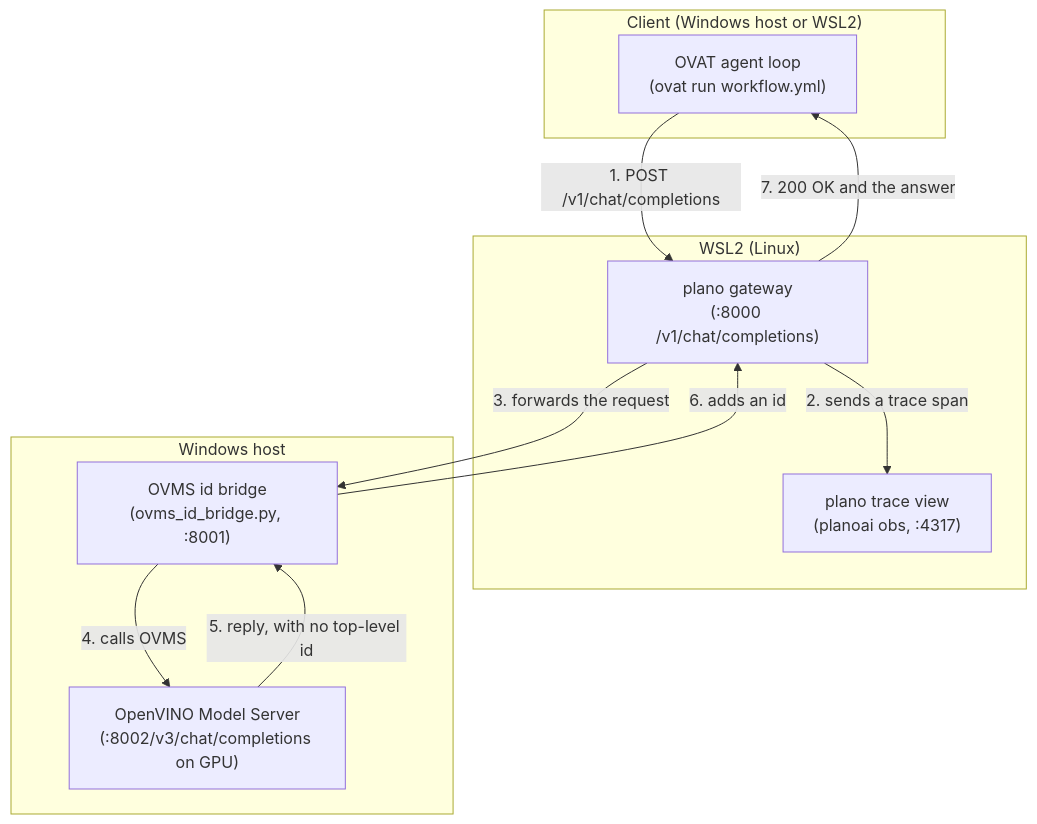
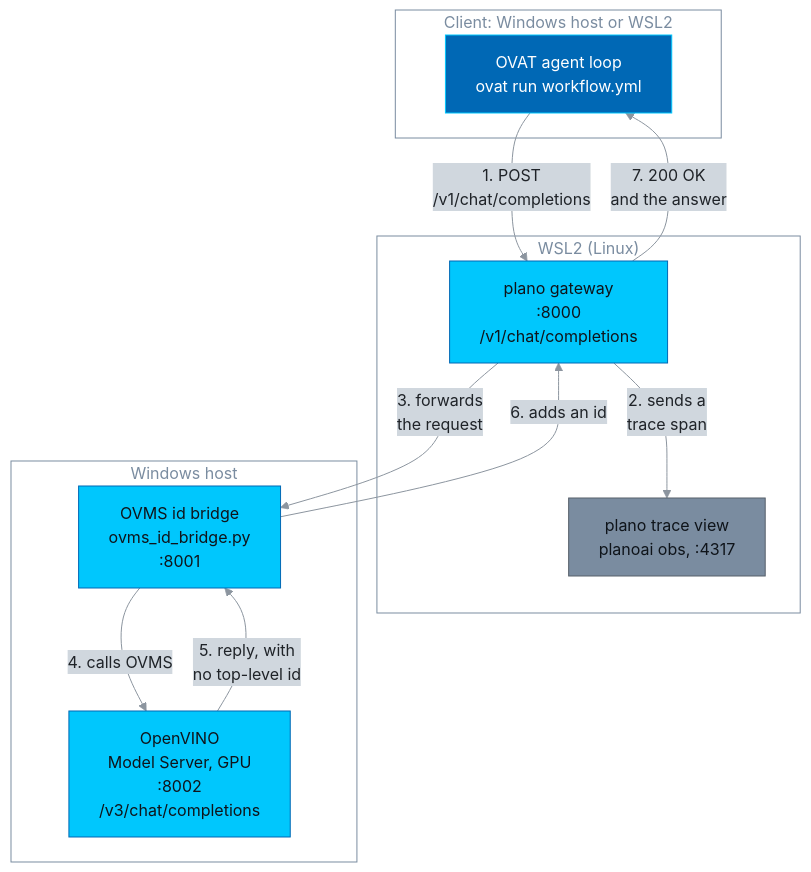
One commit to Lagmator22/ovat changed the diagram in examples/plano/README.md. Above: the diagram before and after it, drawn with Mermaid. The commit also changed 1 other file, not shown here.

First paragraph of the commit message:
docs: colour the Mermaid diagrams and fix labels that were cut off
The owner saw the diagrams render black and white on GitHub, and several
labels cut short ("Native loop (loop", "OpenAI Agents SI"). Long one-line
labels leave no slack when the browser draws the text wider than Mermaid
measured it.

````diff
--- a/examples/plano/README.md
+++ b/examples/plano/README.md
@@ -19,24 +19,32 @@
 ```mermaid
+%%{init: {"theme": "base", "themeVariables": {"primaryColor": "#D0D7DE", "primaryTextColor": "#1F2328", "primaryBorderColor": "#8C959F", "lineColor": "#8C959F", "textColor": "#1F2328", "edgeLabelBackground": "#D0D7DE", "clusterBkg": "transparent", "clusterBorder": "#7A8CA0", "titleColor": "#7A8CA0"}}}%%
 flowchart TD
-    subgraph Client ["Client (Windows host or WSL2)"]
-        OVAT["OVAT agent loop<br/>(ovat run workflow.yml)"]
+    subgraph Client ["Client: Windows host or WSL2"]
+        OVAT["OVAT agent loop<br/>ovat run workflow.yml"]
     end
 
     subgraph WSL2 ["WSL2 (Linux)"]
-        Plano["plano gateway<br/>(:8000 /v1/chat/completions)"]
-        Obs["plano trace view<br/>(planoai obs, :4317)"]
+        Plano["plano gateway<br/>:8000<br/>/v1/chat/completions"]
+        Obs["plano trace view<br/>planoai obs, :4317"]
     end
 
     subgraph WinHost ["Windows host"]
-        Bridge["OVMS id bridge<br/>(ovms_id_bridge.py, :8001)"]
-        OVMS["OpenVINO Model Server<br/>(:8002/v3/chat/completions on GPU)"]
+        Bridge["OVMS id bridge<br/>ovms_id_bridge.py<br/>:8001"]
+        OVMS["OpenVINO<br/>Model Server, GPU<br/>:8002<br/>/v3/chat/completions"]
     end
 
-    OVAT -->|"1. POST /v1/chat/completions"| Plano
-    Plano -->|"2. sends a trace span"| Obs
-    Plano -->|"3. forwards the request"| Bridge
+    OVAT -->|"1. POST<br/>/v1/chat/completions"| Plano
+    Plano -->|"2. sends a<br/>trace span"| Obs
+    Plano -->|"3. forwards<br/>the request"| Bridge
     Bridge -->|"4. calls OVMS"| OVMS
-    OVMS -->|"5. reply, with no top-level id"| Bridge
+    OVMS -->|"5. reply, with<br/>no top-level id"| Bridge
     Bridge -->|"6. adds an id"| Plano
-    Plano -->|"7. 200 OK and the answer"| OVAT
+    Plano -->|"7. 200 OK<br/>and the answer"| OVAT
+
+    classDef cli fill:#0068B5,stroke:#00C7FD,color:#FFFFFF
+    classDef backend fill:#00C7FD,stroke:#0068B5,color:#0F141A
+    classDef telemetry fill:#7A8CA0,stroke:#57606A,color:#0F141A
+    class OVAT cli
+    class Plano,Bridge,OVMS backend
+    class Obs telemetry
 ```
````
